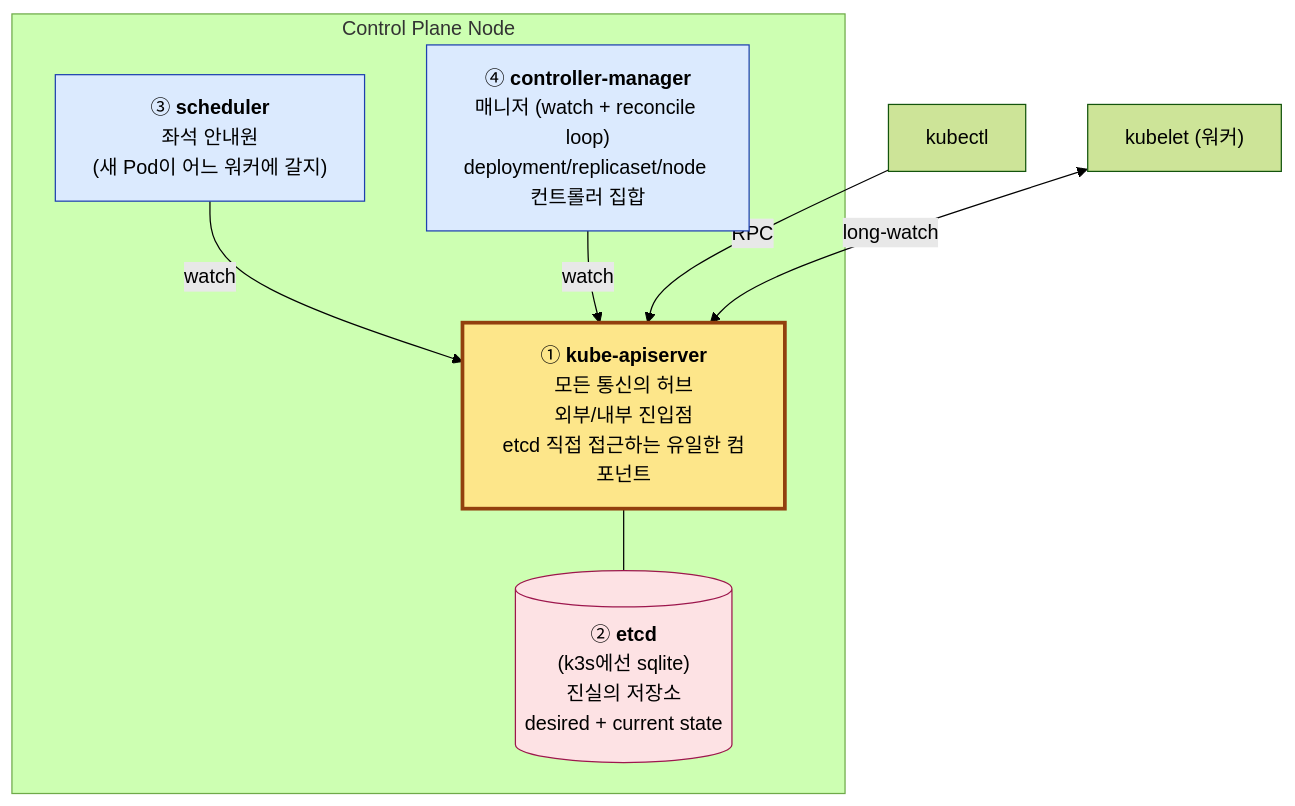
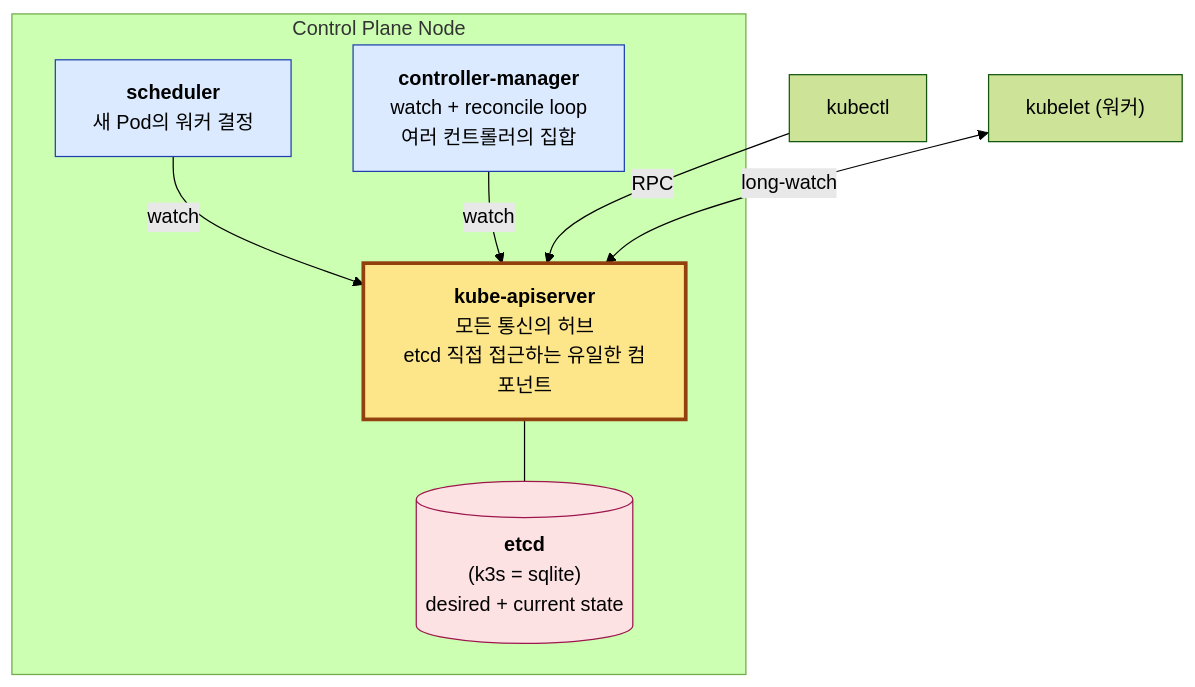
One commit to currenjin/currenjin.github.io changed the fourth of 13 diagrams in _wiki/homelab.md. Above: the diagram before and after it, drawn with Mermaid (forest theme). The commit also changed other lines of this file, not shown here.

````diff
--- a/_wiki/homelab.md
+++ b/_wiki/homelab.md
@@ -359,23 +202,23 @@
 ```mermaid
 flowchart TB
   subgraph CP["Control Plane Node"]
-    API["① <b>kube-apiserver</b><br/>모든 통신의 허브<br/>외부/내부 진입점<br/>etcd 직접 접근하는 유일한 컴포넌트"]
-    ETCD[("② <b>etcd</b><br/>(k3s에선 sqlite)<br/>진실의 저장소<br/>desired + current state")]
-    SCH["③ <b>scheduler</b><br/>좌석 안내원<br/>(새 Pod이 어느 워커에 갈지)"]
-    CM["④ <b>controller-manager</b><br/>매니저 (watch + reconcile loop)<br/>deployment/replicaset/node 컨트롤러 집합"]
+    API["<b>kube-apiserver</b><br/>모든 통신의 허브<br/>etcd 직접 접근하는 유일한 컴포넌트"]
+    ETCD[("<b>etcd</b><br/>(k3s = sqlite)<br/>desired + current state")]
+    SCH["<b>scheduler</b><br/>새 Pod의 워커 결정"]
+    CM["<b>controller-manager</b><br/>watch + reconcile loop<br/>여러 컨트롤러의 집합"]
 
     API --- ETCD
     SCH -- watch --> API
     CM -- watch --> API
   end
 
   Kubectl["kubectl"] -- RPC --> API
   Kubelet["kubelet (워커)"] <-- long-watch --> API
 
   classDef hub fill:#fde68a,stroke:#92400e,stroke-width:3px,color:#000
   classDef store fill:#fde2e4,stroke:#9d174d,color:#000
   classDef ctrl fill:#dbeafe,stroke:#1e40af,color:#000
   class API hub
   class ETCD store
   class SCH,CM ctrl
 ```
````
